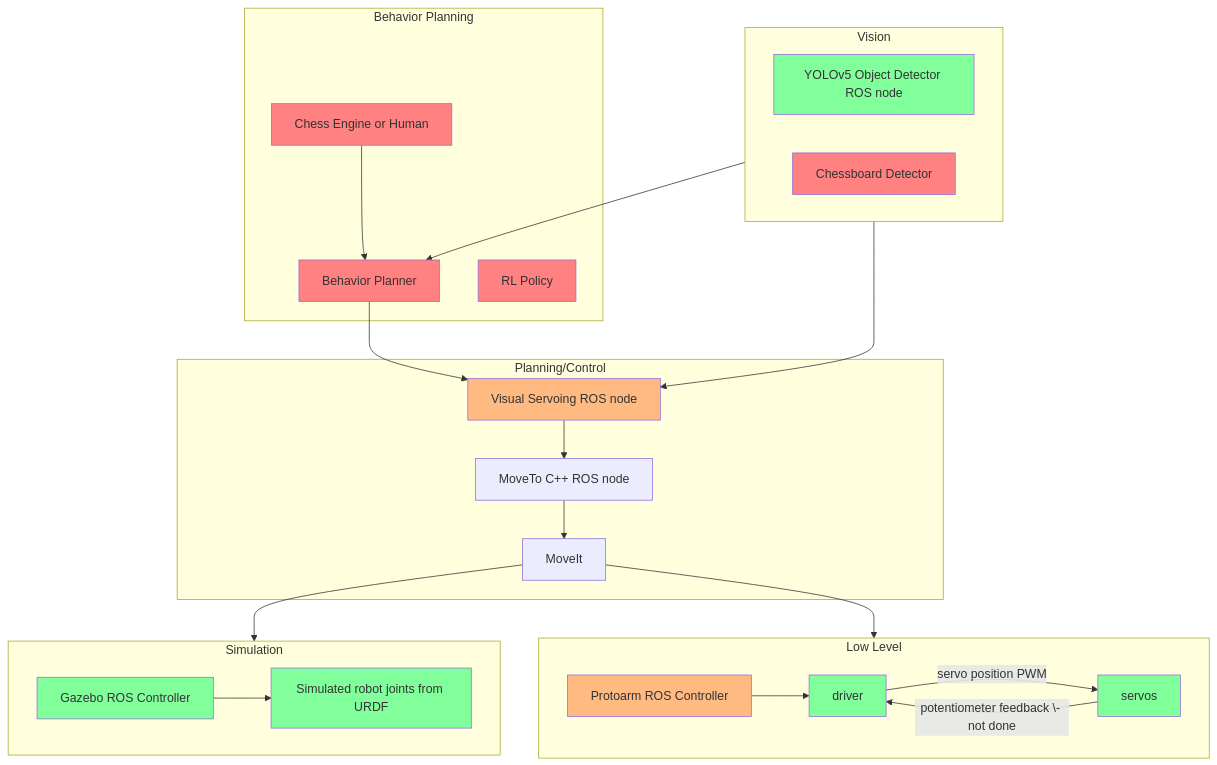
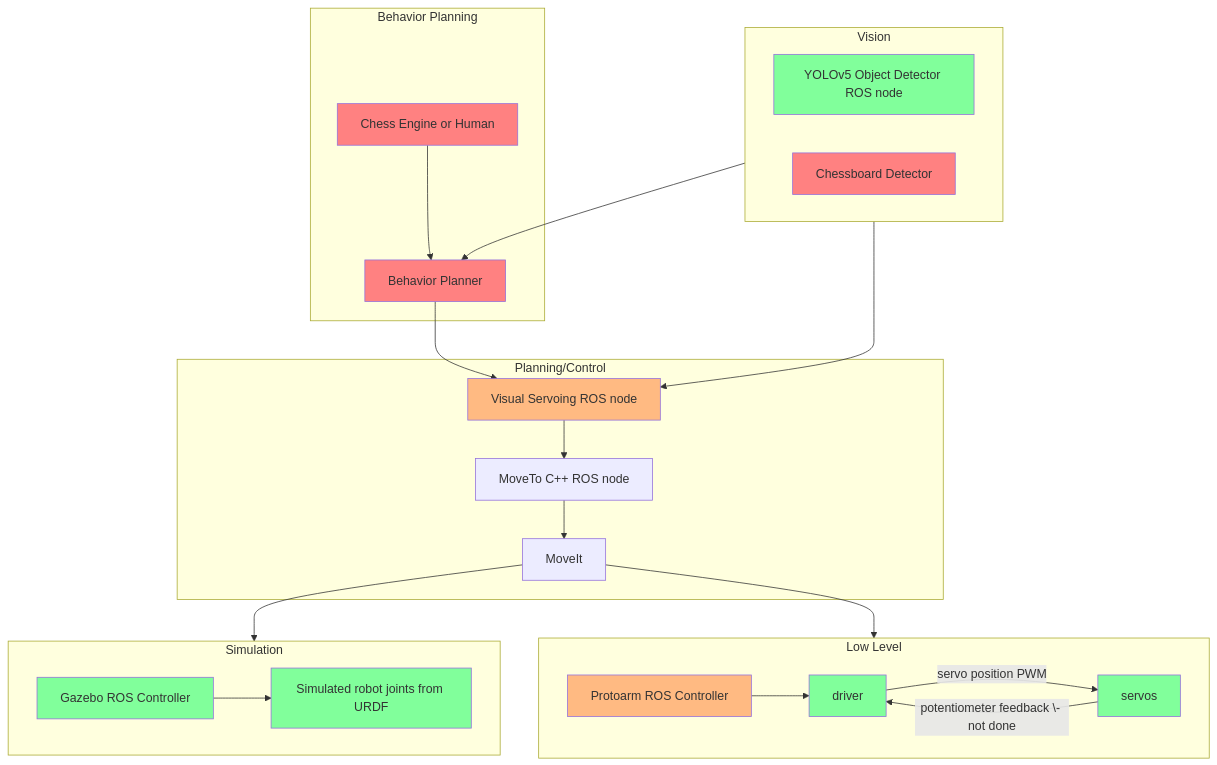
One commit to revanthsenthil/wiki changed the first of 4 diagrams in wiki/robot-arm/software.md. Above: the diagram before and after it, drawn with Mermaid.

Commit message:
removed RL for now

````diff
--- a/wiki/robot-arm/software.md
+++ b/wiki/robot-arm/software.md
@@ -25,74 +25,74 @@
 ```mermaid
 graph
   subgraph Behavior Planning 
     BP1[Behavior Planner]
     BP2[Chess Engine or Human]
-    BP3[RL Policy]
+    %% BP3[RL Policy]
   end
   subgraph Low Level
     direction LR
     LL1[Protoarm ROS Controller]
     LL2[driver]
     LL3[servos] 
   end
   subgraph Simulation
     direction LR
     S1[Gazebo ROS Controller]
     S2[Simulated robot joints from URDF] 
   end
   subgraph Vision 
     direction LR
     V1[YOLOv5 Object Detector ROS node]
     V2[Chessboard Detector] 
   end
   subgraph Planning/Control
     PC1[Visual Servoing ROS node] 
     PC2[MoveTo C++ ROS node]
     PC3[MoveIt] 
   end
 
   %% Low level
   LL2 -- servo position PWM --> LL3
   LL3 -- potentiometer feedback \- not done --> LL2
   LL1 --> LL2
 
   %% Behavior Planning
   BP2 --> BP1 
   BP1 --> PC1 
 
   %% Vision 
   V2 --> BP1 
   V1 --> PC1
 
   %% Simulation 
   S1 --> S2
   
   %% Planning/Control 
   PC1 --> PC2
   PC2 --> PC3
   PC3 --> S1
   PC3 --> LL1
 
   %% Links
   click LL1 href "http://wiki.purduearc.com/wiki/robot-arm/software#controller" "Sensors"
   click LL2 href "http://wiki.purduearc.com/wiki/robot-arm/software#driver" "Sensors"
 
   click PC1 href "http://wiki.purduearc.com/wiki/robot-arm/software#visual-servoing" "Sensors"
   click PC2 href "http://wiki.purduearc.com/wiki/robot-arm/software#kinematics-and-planning" "Sensors"
   click PC3 "https://moveit.ros.org/assets/images/diagrams/moveit_pipeline.png" "Open this in a new tab" _blank
 
   click BP1 href "http://wiki.purduearc.com/wiki/robot-arm/software#behavior-planner" "Sensors"
 
   click S1 href "http://wiki.purduearc.com/wiki/robot-arm/software#simulation" "Sensors"
   click S2 href "http://wiki.purduearc.com/wiki/robot-arm/software#simulation" "Sensors"
 
   click V1 href "http://wiki.purduearc.com/wiki/robot-arm/software#chess-piece-detection" "Sensors"
   click V2 href "http://wiki.purduearc.com/wiki/robot-arm/software#chessboard-detection" "Sensors"
 
   classDef not_started fill:#ff8181
   classDef in_progress fill:#ffba82
   classDef done fill:#81ff9b
   class BP1,BP2,BP3,V2 not_started
   class PC1,LL1 in_progress
   class S1,S2,LL2,LL3,V1 done
 ```
````
